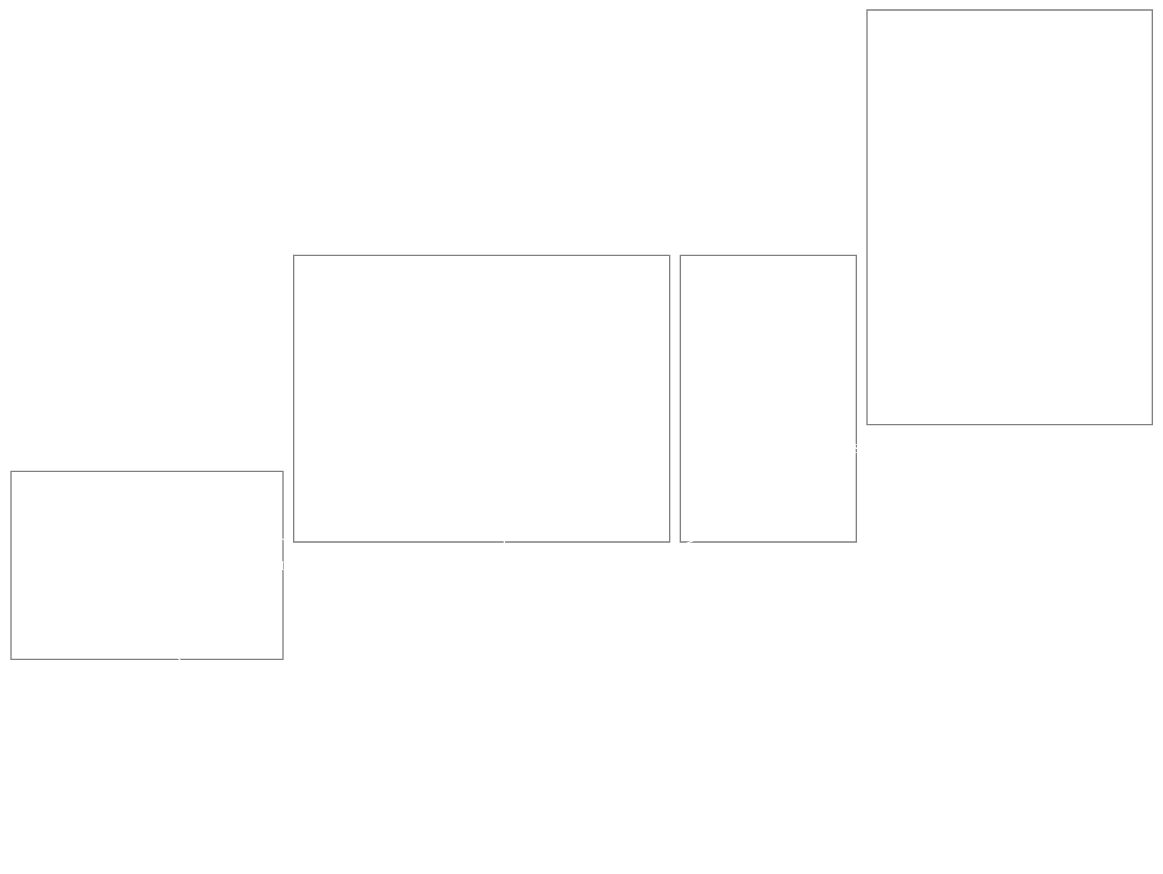
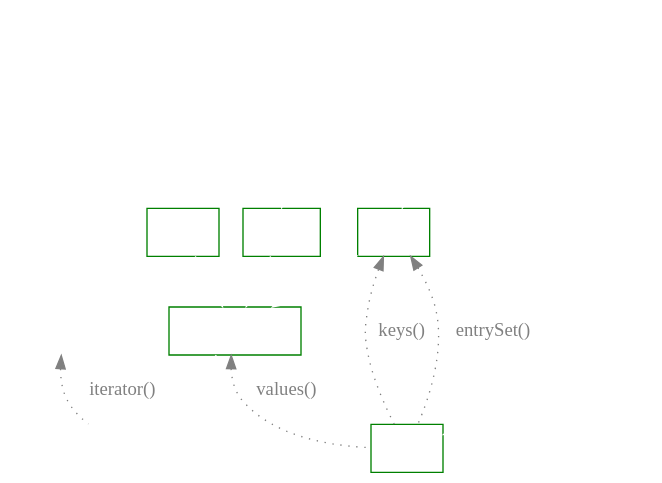
The first of 11 diagrams in src/java-collections/collection.adoc (caring-coder/presentations), drawn with Graphviz before and after one commit. The commit also changed other lines of this file and 19 other files, not shown here.

```diff
--- a/src/java-collections/collection.adoc
+++ b/src/java-collections/collection.adoc
@@ -5,54 +3,36 @@
 [graphviz, align="center"]
 ----
 digraph G {
-  graph[bgcolor=transparent, rankdir=TB, color=grey]
+  graph[bgcolor=transparent, color=grey]
   node[shape=record, color=white, fontcolor=white, fontname="Consolas"]
   edge[color=white, fontcolor="white", fontname="Consolas"]
   
-  Iterable 
   Iterator
-  Collection
+  Iterable
+  Collection [color=green]
+  List [color=green]
+  Queue [color=green]
+  Deque
+  Set [color=green]
+  SortedSet
+  Map [color=green]
+  SortedMap
+
+  Comparable
+  Comparator
+
+  {Comparable, Comparator} -> SortedSet  [style=invis]
+  {Comparable, Comparator} -> SortedMap  [style=invis]
+
   Collection -> Iterable
+  {List, Queue, Set} -> Collection
+  Deque -> Queue
+  SortedSet -> Set
+  SortedMap -> Map
+  Iterator -> Iterable [label="iterator()", dir=back, style=dotted, color=grey, fontcolor=grey]
 
-  subgraph cluster_list {
-    List
-    RandomAccess
-    ListIterator
-    List -> ListIterator [label="listIterator()", style=dotted]
-  }
-
-  subgraph cluster_queue {
-    Queue
-    BlockingQueue -> Queue
-    Deque -> Queue
-    BlockingDeque -> Deque
-    BlockingDeque -> BlockingQueue
-    TransferQueue -> BlockingQueue
-  }
-
-  List -> Collection
-  ListIterator -> Iterator
-
-  subgraph cluster_set {
-    Set
-    SortedSet -> Set
-    NavigableSet -> SortedSet
-  }
-
-  Set -> Collection
-
-
-  subgraph cluster_map {
-    SortedMap -> Map
-    ConcurrentMap -> Map
-    NavigableMap -> SortedMap
-    ConcurrentNavigableMap -> ConcurrentMap
-    ConcurrentNavigableMap -> NavigableMap
-  }
-    
-  Queue -> Collection
-  Map -> Set [label="keys()", style=dotted]
-  Map -> Collection [label="keys()", style=dotted]
-  Iterable -> Iterator [label="iterator()", style=dotted]
+  Set -> Map [label="keys()", dir=back, style=dotted, color=grey, fontcolor=grey]
+  Set -> Map [label="entrySet()", dir=back, style=dotted, color=grey, fontcolor=grey]
+  Collection -> Map [label="values()", dir=back, style=dotted, color=grey, fontcolor=grey]
 }
 ----
```
